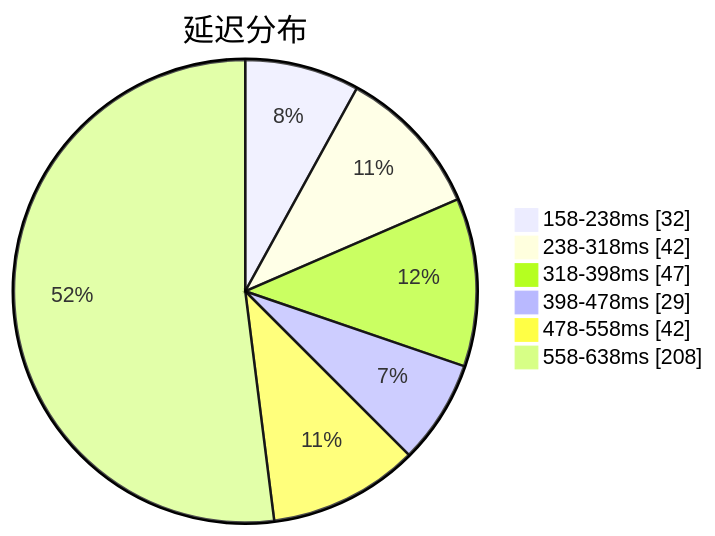
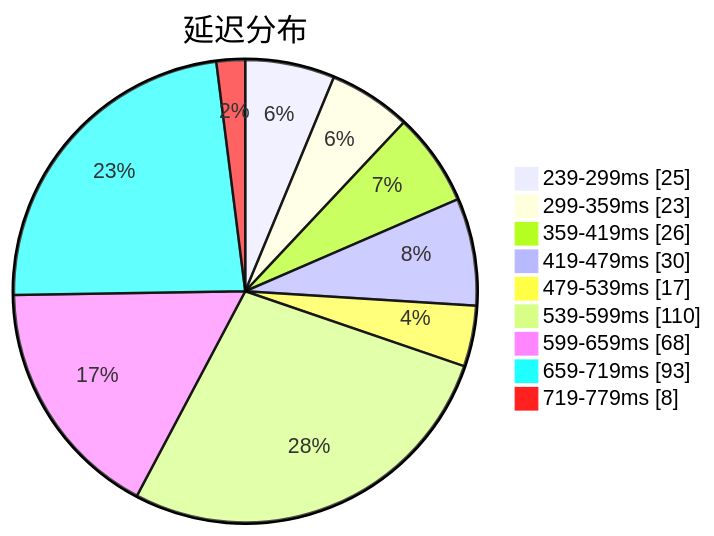
Before and after one commit to qjlxg/airport: the first of 3 diagrams in subs/statistics/tested_within.md, drawn with Mermaid. The commit also changed other lines of this file and 2 other files, not shown here.

Commit message:
Tested by metaST

````diff
--- a/subs/statistics/tested_within.md
+++ b/subs/statistics/tested_within.md
@@ -2,10 +2,13 @@
 ```mermaid
 pie showData
 title 延迟分布
-"158-238ms" : 32
-"238-318ms" : 42
-"318-398ms" : 47
-"398-478ms" : 29
-"478-558ms" : 42
-"558-638ms" : 208
+"239-299ms" : 25
+"299-359ms" : 23
+"359-419ms" : 26
+"419-479ms" : 30
+"479-539ms" : 17
+"539-599ms" : 110
+"599-659ms" : 68
+"659-719ms" : 93
+"719-779ms" : 8
 ```
````
